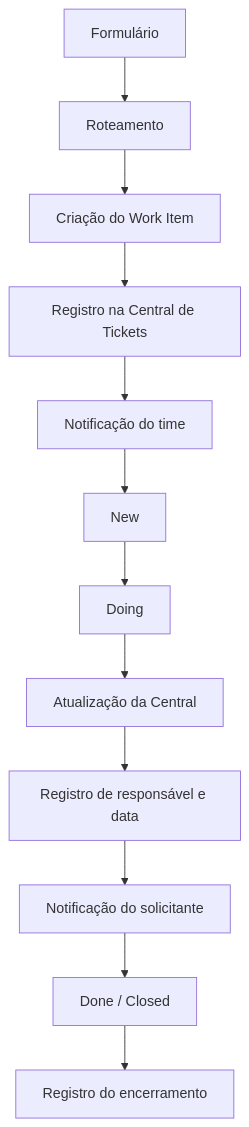
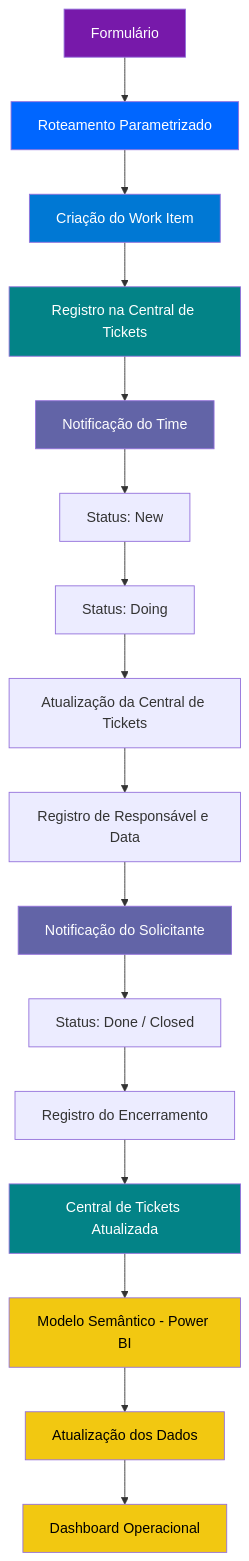
One commit to ti-gabriel/central-demandas-tecnologia changed the second of 2 diagrams in README.md. Above: the diagram before and after it, drawn with Mermaid. The commit also changed other lines of this file, not shown here.

First line of the commit message:
docs: atualiza arquitetura e adiciona camada de Power BI

````diff
--- a/README.md
+++ b/README.md
@@ -501,18 +640,34 @@
 ```mermaid
 flowchart TD
 
-    A[Formulário] --> B[Roteamento]
+    A[Formulário] --> B[Roteamento Parametrizado]
     B --> C[Criação do Work Item]
     C --> D[Registro na Central de Tickets]
-    D --> E[Notificação do time]
+    D --> E[Notificação do Time]
 
-    E --> F[New]
-    F --> G[Doing]
+    E --> F[Status: New]
+    F --> G[Status: Doing]
 
-    G --> H[Atualização da Central]
-    H --> I[Registro de responsável e data]
-    I --> J[Notificação do solicitante]
+    G --> H[Atualização da Central de Tickets]
+    H --> I[Registro de Responsável e Data]
+    I --> J[Notificação do Solicitante]
 
-    J --> K[Done / Closed]
-    K --> L[Registro do encerramento]
+    J --> K[Status: Done / Closed]
+    K --> L[Registro do Encerramento]
+
+    L --> M[Central de Tickets Atualizada]
+    M --> N[Modelo Semântico - Power BI]
+    N --> O[Atualização dos Dados]
+    O --> P[Dashboard Operacional]
+
+    style A fill:#7719AA,color:#fff
+    style B fill:#0066FF,color:#fff
+    style C fill:#0078D4,color:#fff
+    style D fill:#038387,color:#fff
+    style E fill:#6264A7,color:#fff
+    style J fill:#6264A7,color:#fff
+    style M fill:#038387,color:#fff
+    style N fill:#F2C811,color:#000
+    style O fill:#F2C811,color:#000
+    style P fill:#F2C811,color:#000
 ```
````
